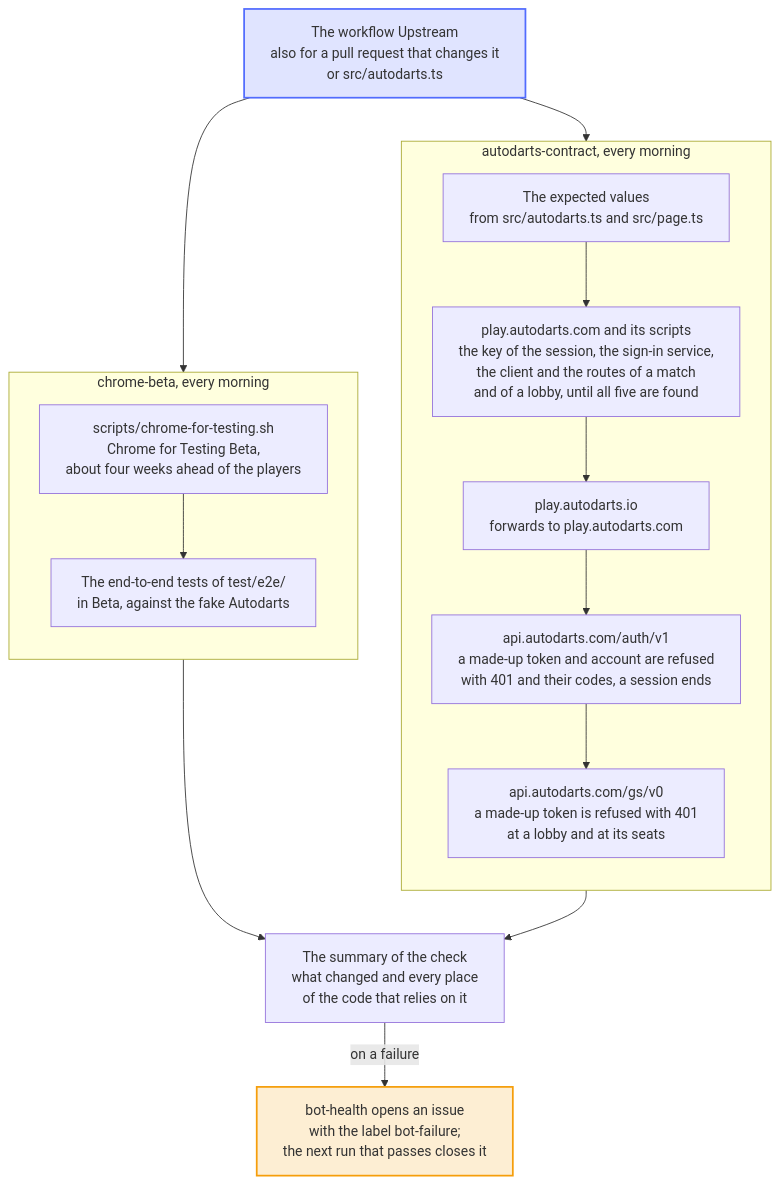
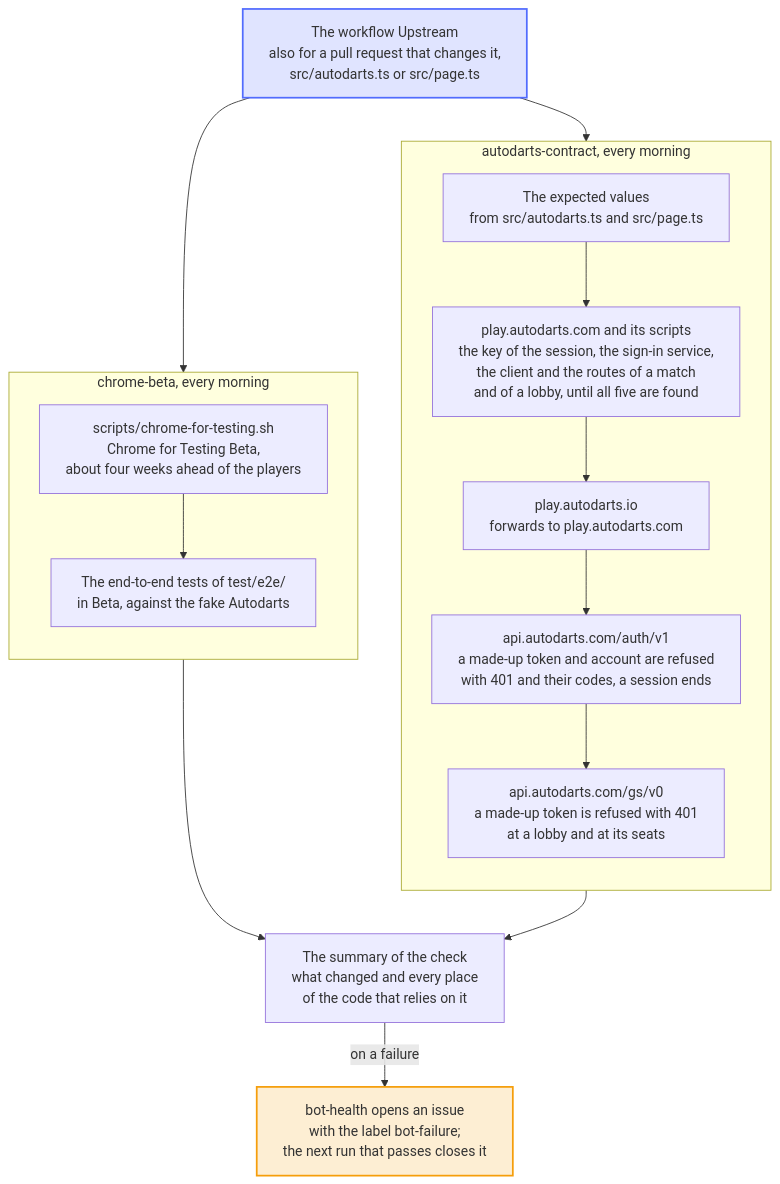
One commit to Dennis-Otto/player-switch-for-autodarts changed the diagram in docs/diagrams/how-the-upstream-checks-work.mmd. Above: the diagram before and after it, drawn with Mermaid.

Commit message:
docs(upstream): the diagram names src/page.ts as a trigger of the workflow

```diff
--- a/docs/diagrams/how-the-upstream-checks-work.mmd
+++ b/docs/diagrams/how-the-upstream-checks-work.mmd
@@ -1,45 +1,45 @@
 ---
 config:
   flowchart:
     wrappingWidth: 400
 ---
 flowchart TB
     accTitle: How the upstream checks work
     accDescr: The workflow Upstream runs two checks of what the extension relies on but doesn't control. Every morning, autodarts-contract takes the expected values from src/autodarts.ts and src/page.ts and asks the real Autodarts with made-up data only, about a dozen requests: it looks for the key of the session, the sign-in service, the client and the scripts of the routes of a match and of a lobby in the code of play.autodarts.com, its page first and then script by script until it has found all five, follows the forward of play.autodarts.io, sends a made-up token, a made-up account and the end of a made-up session to the sign-in service, and a made-up token to a made-up lobby and its seats at the game service, through the functions of the extension. Every morning as well, chrome-beta downloads Chrome for Testing Beta, the next version of Chrome, and runs the end-to-end tests in it against the fake Autodarts. When either fails, its summary names what changed and where the code relies on it, and the bot-health bot opens an issue with the label bot-failure, which the next run that passes closes.
 
-    workflow["The workflow Upstream<br>also for a pull request that changes it<br>or src/autodarts.ts"]
+    workflow["The workflow Upstream<br>also for a pull request that changes it,<br>src/autodarts.ts or src/page.ts"]
 
     subgraph daily ["autodarts-contract, every morning"]
         direction TB
         values["The expected values<br>from src/autodarts.ts and src/page.ts"]
         page["play.autodarts.com and its scripts<br>the key of the session, the sign-in service,<br>the client and the routes of a match<br>and of a lobby, until all five are found"]
         forward["play.autodarts.io<br>forwards to play.autodarts.com"]
         auth["api.autodarts.com/auth/v1<br>a made-up token and account are refused<br>with 401 and their codes, a session ends"]
         game["api.autodarts.com/gs/v0<br>a made-up token is refused with 401<br>at a lobby and at its seats"]
         values --> page
         page --> forward
         forward --> auth
         auth --> game
     end
 
     subgraph beta ["chrome-beta, every morning"]
         direction TB
         download["scripts/chrome-for-testing.sh<br>Chrome for Testing Beta,<br>about four weeks ahead of the players"]
         tests["The end-to-end tests of test/e2e/<br>in Beta, against the fake Autodarts"]
         download --> tests
     end
 
     workflow --> values
     workflow --> download
 
     report["The summary of the check<br>what changed and every place<br>of the code that relies on it"]
     game --> report
     tests --> report
 
     issue["bot-health opens an issue<br>with the label bot-failure;<br>the next run that passes closes it"]
     report -->|on a failure| issue
 
     classDef bot fill:#526cfe2e,stroke:#526cfe,stroke-width:2px
     classDef person fill:#f59e0b2e,stroke:#f59e0b,stroke-width:2px
     class workflow bot
     class issue person
```
